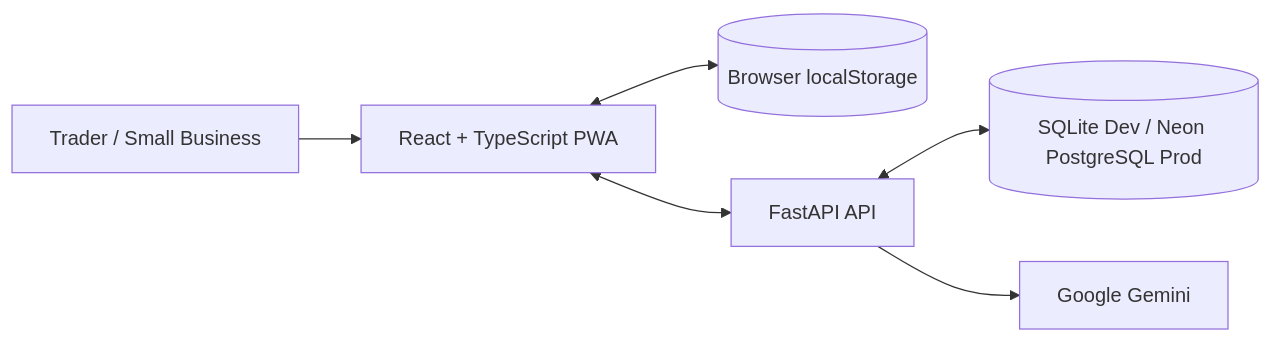
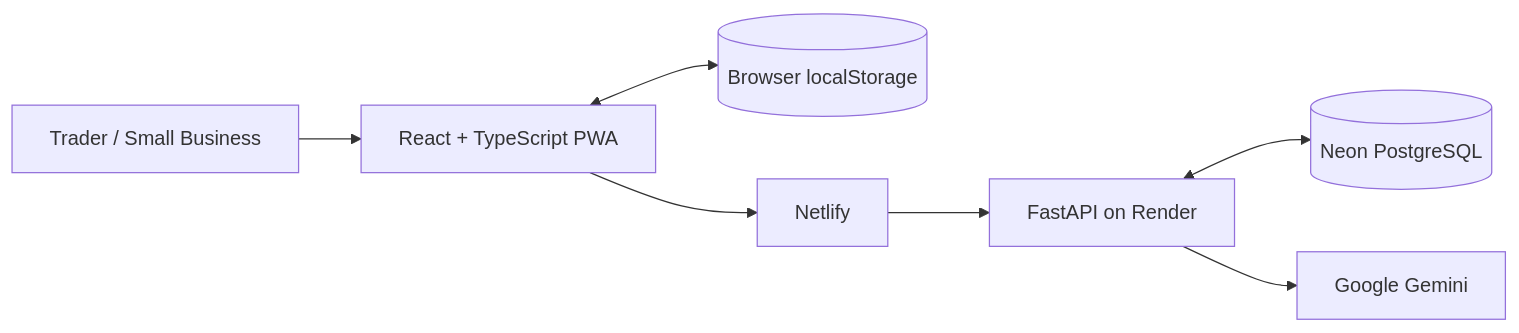
Before and after one commit to abdulwahabbadmus001-creator/OjaFlow: the diagram in README.md, drawn with Mermaid. The commit also changed other lines of this file, not shown here.

````diff
--- a/README.md
+++ b/README.md
@@ -168,15 +196,17 @@
 ```mermaid
 flowchart LR
     USER[Trader / Small Business]
-    PWA[React + TypeScript PWA]
+    WEB[React + TypeScript PWA]
     CACHE[(Browser localStorage)]
-    API[FastAPI API]
-    DB[(SQLite Dev / Neon PostgreSQL Prod)]
+    NETLIFY[Netlify]
+    API[FastAPI on Render]
+    DB[(Neon PostgreSQL)]
     AI[Google Gemini]
 
-    USER --> PWA
-    PWA <--> CACHE
-    PWA <--> API
+    USER --> WEB
+    WEB <--> CACHE
+    WEB --> NETLIFY
+    NETLIFY --> API
     API <--> DB
     API --> AI
 ```
````
